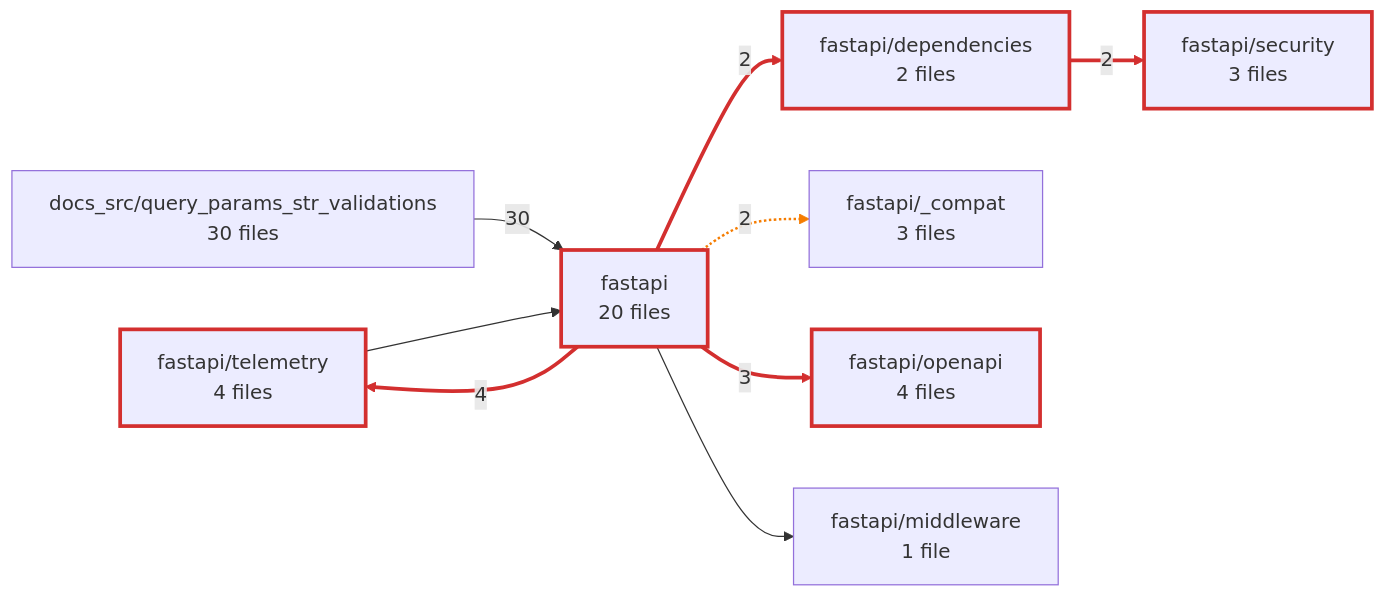
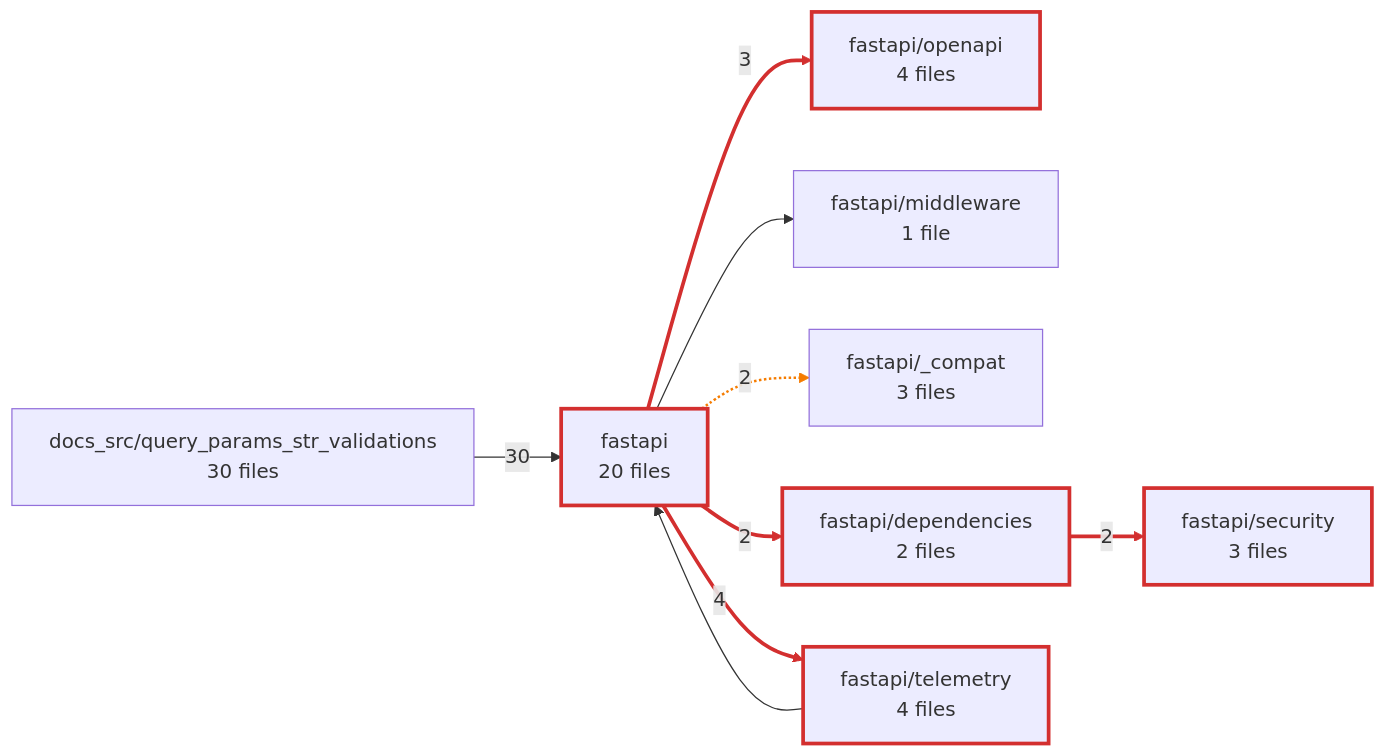
Diagram 30 of 36 in docs/gallery/fastapi/flow/folder-paths.md (mohdzain98/gnost), drawn with Mermaid before and after one commit. The commit also changed other lines of this file and 29 other files, not shown here.

````diff
--- a/docs/gallery/fastapi/flow/folder-paths.md
+++ b/docs/gallery/fastapi/flow/folder-paths.md
@@ -2457,23 +2457,23 @@
 ```mermaid
 flowchart LR
+  dir_fastapi["fastapi<br/>20 files"]
+  dir_fastapi_openapi["fastapi/openapi<br/>4 files"]
+  dir_docs_src_query_params_str_validations["docs_src/query_params_str_validations<br/>30 files"]
+  dir_fastapi_middleware["fastapi/middleware<br/>1 file"]
+  dir_fastapi__compat["fastapi/_compat<br/>3 files"]
+  dir_fastapi_dependencies["fastapi/dependencies<br/>2 files"]
   dir_fastapi_telemetry["fastapi/telemetry<br/>4 files"]
-  dir_fastapi["fastapi<br/>20 files"]
-  dir_fastapi_dependencies["fastapi/dependencies<br/>2 files"]
-  dir_fastapi__compat["fastapi/_compat<br/>3 files"]
-  dir_docs_src_query_params_str_validations["docs_src/query_params_str_validations<br/>30 files"]
-  dir_fastapi_openapi["fastapi/openapi<br/>4 files"]
-  dir_fastapi_middleware["fastapi/middleware<br/>1 file"]
   dir_fastapi_security["fastapi/security<br/>3 files"]
   dir_docs_src_query_params_str_validations -->|30| dir_fastapi
   dir_fastapi -.->|2| dir_fastapi__compat
   dir_fastapi ==>|2| dir_fastapi_dependencies
   dir_fastapi --> dir_fastapi_middleware
   dir_fastapi ==>|3| dir_fastapi_openapi
   dir_fastapi ==>|4| dir_fastapi_telemetry
   dir_fastapi_dependencies ==>|2| dir_fastapi_security
   dir_fastapi_telemetry --> dir_fastapi
   linkStyle 1 stroke:#f57c00,stroke-width:2px
   linkStyle 2,4,5,6 stroke:#d32f2f,stroke-width:3px
   classDef cycle stroke:#d32f2f,stroke-width:3px
-  class dir_fastapi_telemetry,dir_fastapi,dir_fastapi_dependencies,dir_fastapi_openapi,dir_fastapi_security cycle
+  class dir_fastapi,dir_fastapi_openapi,dir_fastapi_dependencies,dir_fastapi_telemetry,dir_fastapi_security cycle
 ```
````
